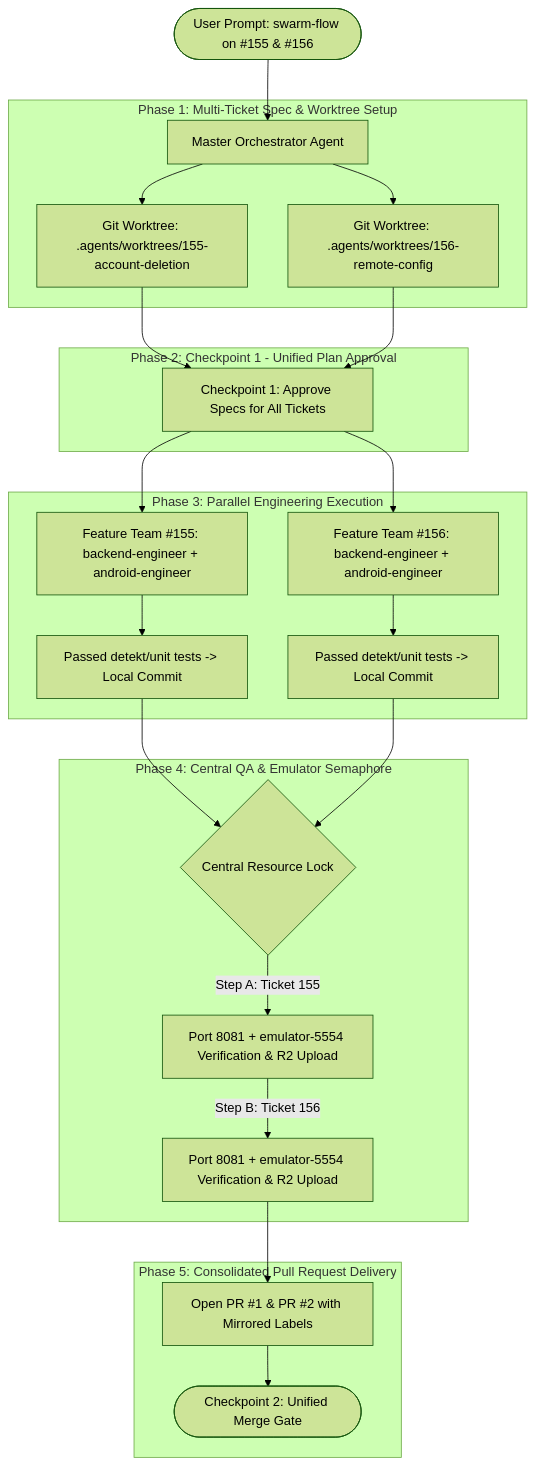
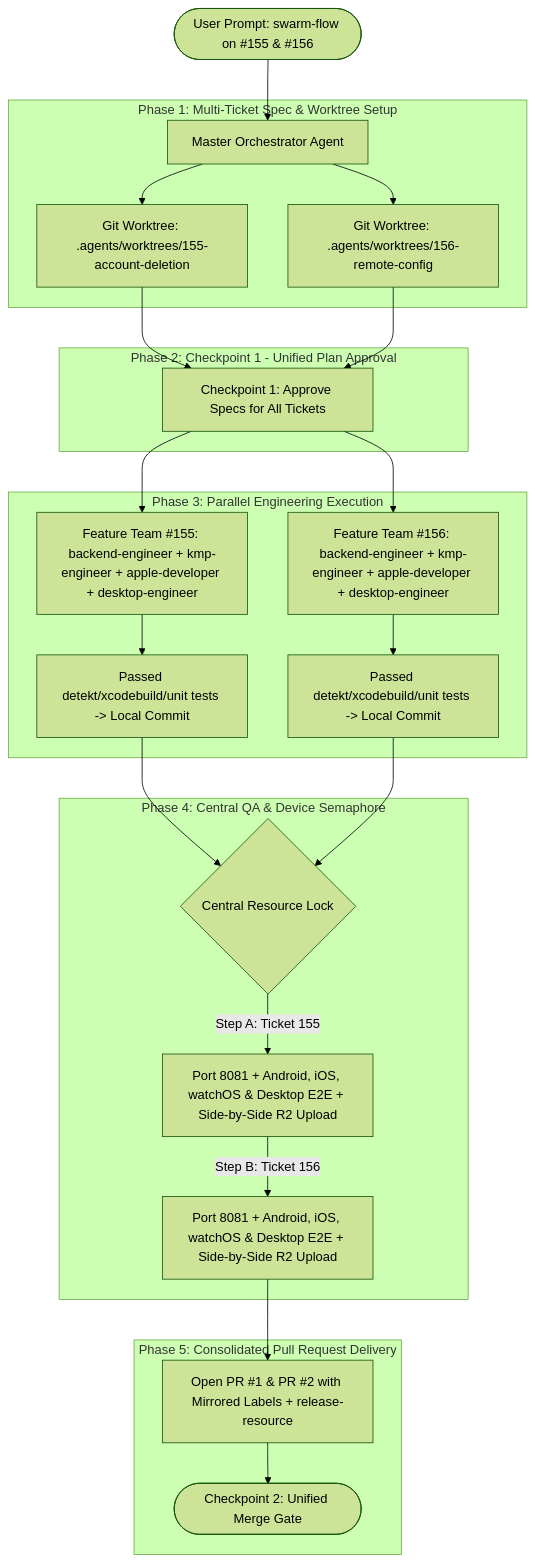
The diagram in .agents/skills/swarm-flow/SKILL.md (Huythanh0x/course_deals_ComposeMultiplatform), drawn with Mermaid (forest theme) before and after one commit. The commit also changed other lines of this file and 28 other files, not shown here.

First line of the commit message:
chore(skills): upgrade to 7-role team-flow (kmp-engineer + apple-developer), curated upstream skills & multiplatform taxonomy (Closes #231)

````diff
--- a/.agents/skills/swarm-flow/SKILL.md
+++ b/.agents/skills/swarm-flow/SKILL.md
@@ -23,33 +24,33 @@
 ```mermaid
 flowchart TD
     User([User Prompt: swarm-flow on #155 & #156]) --> Master[Master Orchestrator Agent]
 
     subgraph Phase1 [Phase 1: Multi-Ticket Spec & Worktree Setup]
         Master --> W1[Git Worktree: .agents/worktrees/155-account-deletion]
         Master --> W2[Git Worktree: .agents/worktrees/156-remote-config]
     end
 
     subgraph Phase2 [Phase 2: Checkpoint 1 - Unified Plan Approval]
         W1 --> Gate[Checkpoint 1: Approve Specs for All Tickets]
         W2 --> Gate
     end
 
     subgraph Phase3 [Phase 3: Parallel Engineering Execution]
-        Gate --> Sub1[Feature Team #155: backend-engineer + android-engineer]
-        Gate --> Sub2[Feature Team #156: backend-engineer + android-engineer]
-        Sub1 --> LocalCommit1[Passed detekt/unit tests -> Local Commit]
-        Sub2 --> LocalCommit2[Passed detekt/unit tests -> Local Commit]
+        Gate --> Sub1["Feature Team #155: backend-engineer + kmp-engineer + apple-developer + desktop-engineer"]
+        Gate --> Sub2["Feature Team #156: backend-engineer + kmp-engineer + apple-developer + desktop-engineer"]
+        Sub1 --> LocalCommit1[Passed detekt/xcodebuild/unit tests -> Local Commit]
+        Sub2 --> LocalCommit2[Passed detekt/xcodebuild/unit tests -> Local Commit]
     end
 
-    subgraph Phase4 [Phase 4: Central QA & Emulator Semaphore]
+    subgraph Phase4 [Phase 4: Central QA & Device Semaphore]
         LocalCommit1 --> Semaphore{Central Resource Lock}
         LocalCommit2 --> Semaphore
-        Semaphore -->|Step A: Ticket 155| E2E_1[Port 8081 + emulator-5554 Verification & R2 Upload]
-        E2E_1 -->|Step B: Ticket 156| E2E_2[Port 8081 + emulator-5554 Verification & R2 Upload]
+        Semaphore -->|Step A: Ticket 155| E2E_1[Port 8081 + Android, iOS, watchOS & Desktop E2E + Side-by-Side R2 Upload]
+        E2E_1 -->|Step B: Ticket 156| E2E_2[Port 8081 + Android, iOS, watchOS & Desktop E2E + Side-by-Side R2 Upload]
     end
 
     subgraph Phase5 [Phase 5: Consolidated Pull Request Delivery]
-        E2E_2 --> Ship[Open PR #1 & PR #2 with Mirrored Labels]
+        E2E_2 --> Ship[Open PR #1 & PR #2 with Mirrored Labels + release-resource]
         Ship --> Checkpoint2([Checkpoint 2: Unified Merge Gate])
     end
 ```
````
